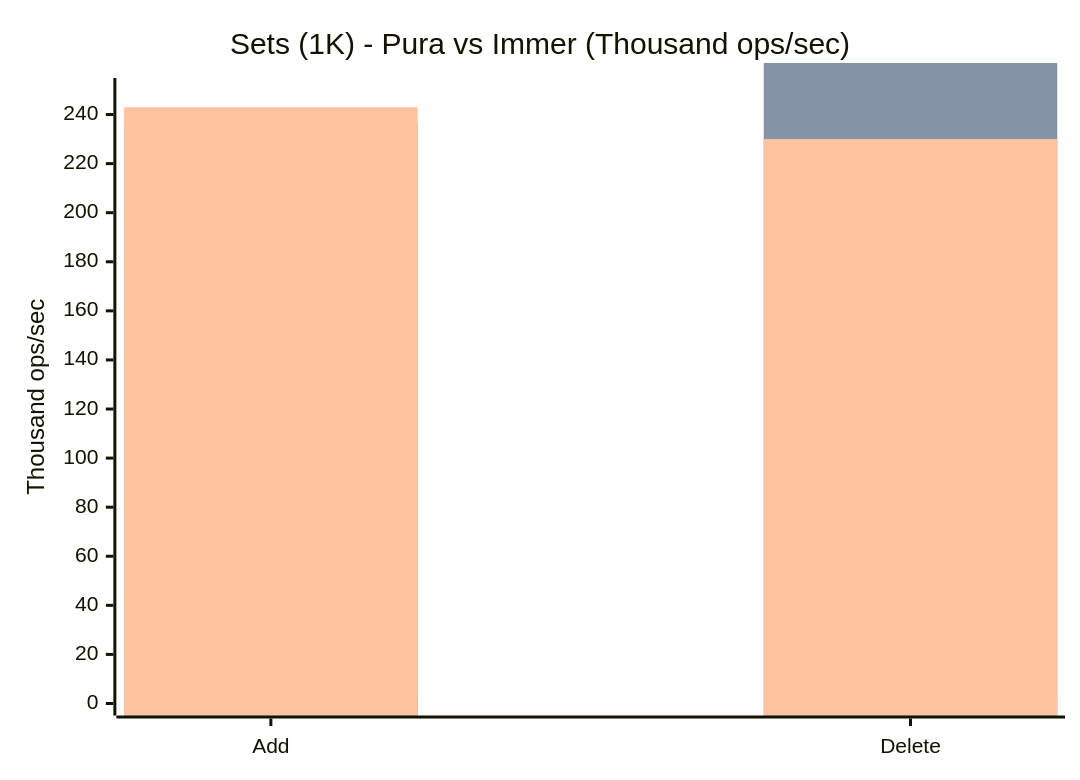
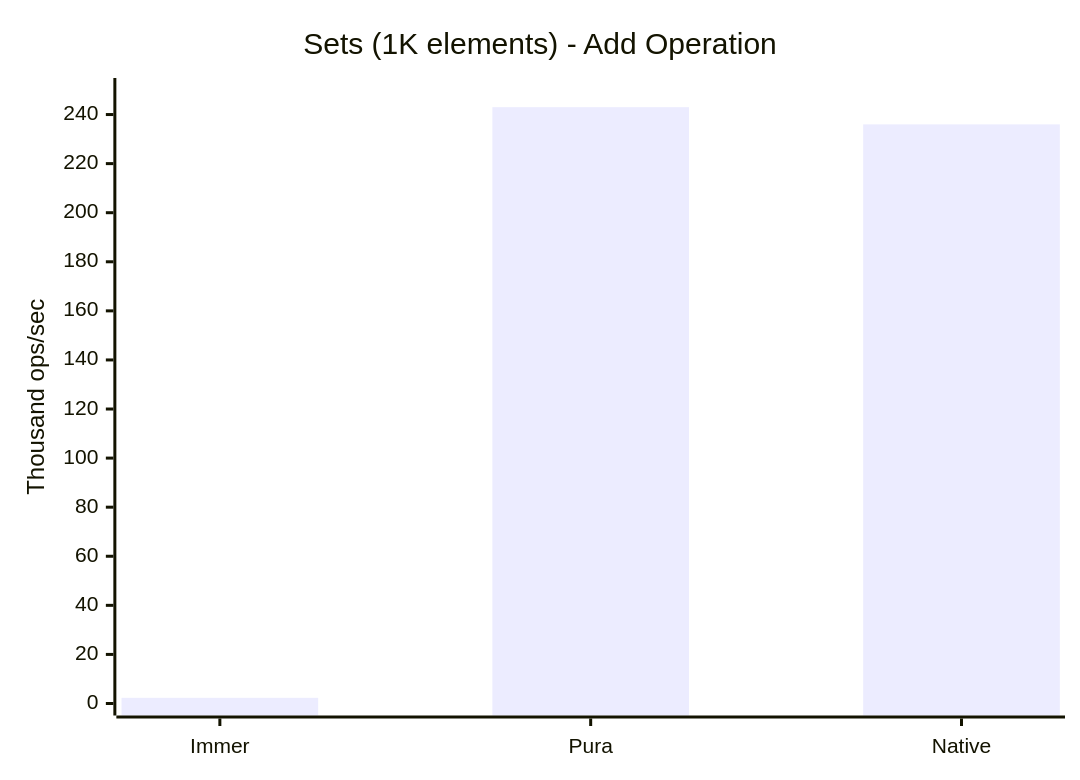
The fifth of 5 diagrams in README.md (SylphxAI/pura), drawn with Mermaid before and after one commit. The commit also changed other lines of this file, not shown here.

First line of the commit message:
docs(readme): fix chart rendering and clarity

````diff
--- a/README.md
+++ b/README.md
@@ -289,15 +298,13 @@
 ```mermaid
 ---
 config:
   themeVariables:
     xyChart:
       backgroundColor: "transparent"
 ---
 xychart-beta
-    title "Sets (1K) - Pura vs Immer (Thousand ops/sec)"
-    x-axis ["Add", "Delete"]
+    title "Sets (1K elements) - Add Operation"
+    x-axis ["Immer", "Pura", "Native"]
     y-axis "Thousand ops/sec" 0 --> 250
-    bar "Immer" [2.31, 2.33]
-    bar "Native Copy" [236, 261]
-    bar "Pura" [243, 230]
+    bar [2.31, 243, 236]
 ```
````
